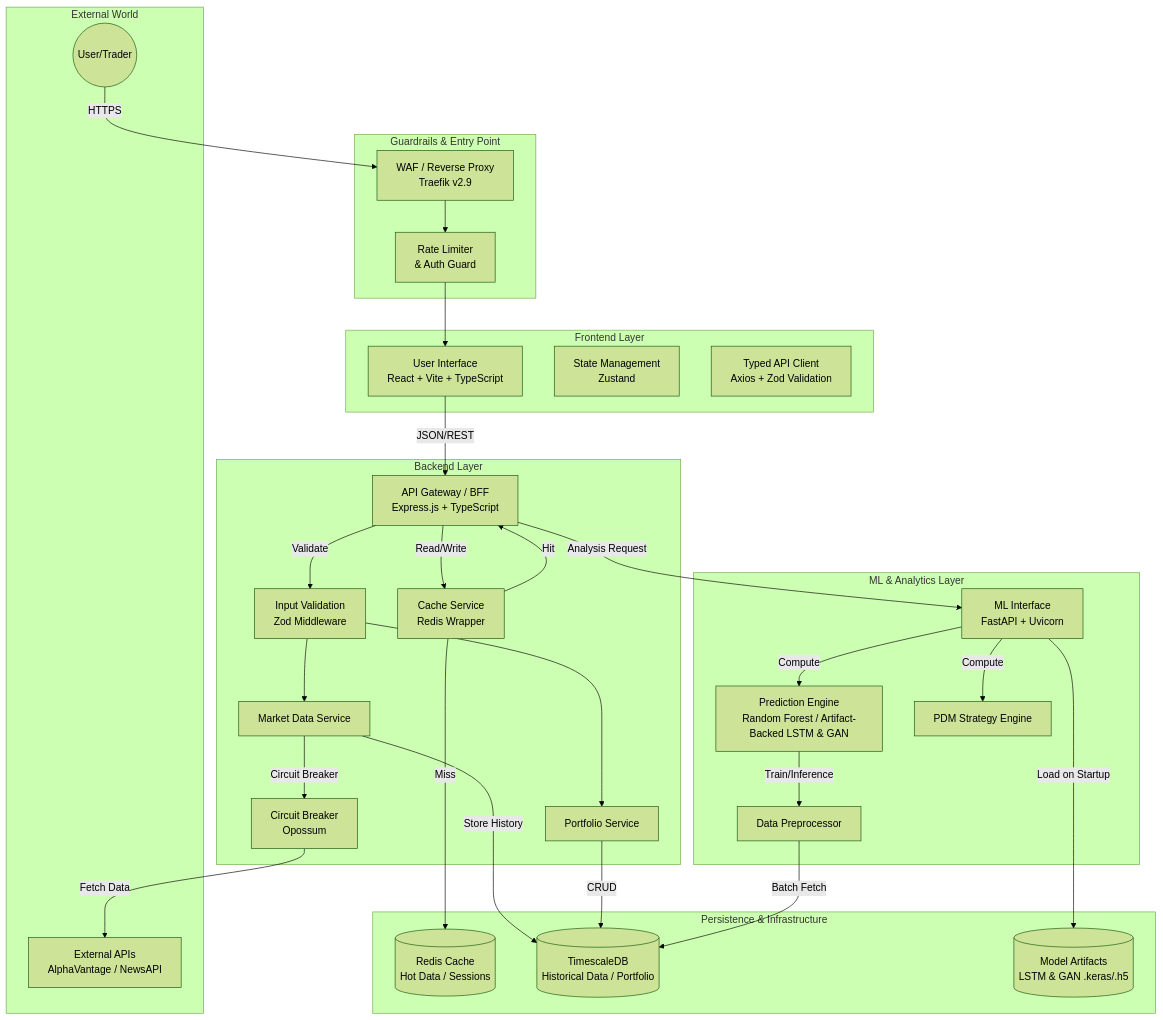
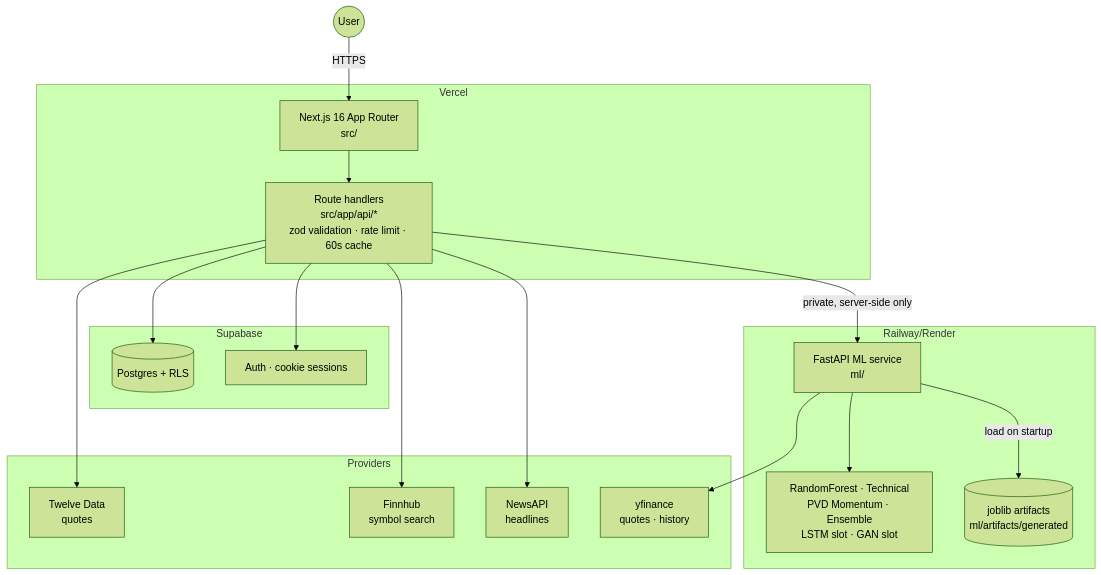
Before and after one commit to aaron-seq/Roneira-AI-HIFI: the diagram in ARCHITECTURE.md, drawn with Mermaid (forest theme). The commit also changed other lines of this file and 39 other files, not shown here.

First line of the commit message:
fix: repair market data pipeline, RLS recursion, and untrained ML slots

````diff
--- a/ARCHITECTURE.md
+++ b/ARCHITECTURE.md
@@ -13,64 +11,38 @@
 ```mermaid
 graph TD
-    subgraph "External World"
-        User((User/Trader))
-        ExtAPI[External APIs<br/>AlphaVantage / NewsAPI]
+    User((User)) -->|HTTPS| Next
+
+    subgraph Vercel
+        Next[Next.js 16 App Router<br/>src/]
+        Routes[Route handlers<br/>src/app/api/*<br/>zod validation · rate limit · 60s cache]
+        Next --> Routes
     end
 
-    subgraph "Guardrails & Entry Point"
-        WAF[WAF / Reverse Proxy<br/>Traefik v2.9]
-        RateLimit[Rate Limiter<br/>& Auth Guard]
+    subgraph Supabase
+        PG[(Postgres + RLS)]
+        Auth[Auth · cookie sessions]
     end
 
-    subgraph "Frontend Layer"
-        UI[User Interface<br/>React + Vite + TypeScript]
-        State[State Management<br/>Zustand]
-        APIClient[Typed API Client<br/>Axios + Zod Validation]
+    subgraph Providers
+        TD[Twelve Data<br/>quotes]
+        FH[Finnhub<br/>symbol search]
+        NA[NewsAPI<br/>headlines]
+        YF[yfinance<br/>quotes · history]
     end
 
-    subgraph "Backend Layer"
-        APIGateway[API Gateway / BFF<br/>Express.js + TypeScript]
-        Validation[Input Validation<br/>Zod Middleware]
-        CacheService[Cache Service<br/>Redis Wrapper]
-        PortfolioSvc[Portfolio Service]
-        MarketSvc[Market Data Service]
-        CircuitBreaker[Circuit Breaker<br/>Opossum]
+    subgraph Railway/Render
+        ML[FastAPI ML service<br/>ml/]
+        Models[RandomForest · Technical<br/>PVD Momentum · Ensemble<br/>LSTM slot · GAN slot]
+        Artifacts[(joblib artifacts<br/>ml/artifacts/generated)]
+        ML --> Models
+        ML -->|load on startup| Artifacts
     end
 
-    subgraph "ML & Analytics Layer"
-        MLAPI[ML Interface<br/>FastAPI + Uvicorn]
-        PredEngine[Prediction Engine<br/>Random Forest / Artifact-Backed LSTM & GAN]
-        PDMEngine[PDM Strategy Engine]
-        DataProc[Data Preprocessor]
-    end
-
-    subgraph "Persistence & Infrastructure"
-        Redis[(Redis Cache<br/>Hot Data / Sessions)]
-        TimescaleDB[(TimescaleDB<br/>Historical Data / Portfolio)]
-        ModelArtifacts[(Model Artifacts<br/>LSTM & GAN .keras/.h5)]
-    end
-
-    User -->|HTTPS| WAF
-    WAF --> RateLimit
-    RateLimit --> UI
-    UI -->|JSON/REST| APIGateway
-    
-    APIGateway -->|Read/Write| CacheService
-    CacheService -->|Hit| APIGateway
-    CacheService -->|Miss| Redis
-    
-    APIGateway -->|Validate| Validation
-    Validation --> PortfolioSvc & MarketSvc
-    
-    MarketSvc -->|Circuit Breaker| CircuitBreaker
-    CircuitBreaker -->|Fetch Data| ExtAPI
-    MarketSvc -->|Store History| TimescaleDB
-    PortfolioSvc -->|CRUD| TimescaleDB
-    
-    APIGateway -->|Analysis Request| MLAPI
-    MLAPI -->|Compute| PredEngine & PDMEngine
-    PredEngine -->|Train/Inference| DataProc
-    DataProc -->|Batch Fetch| TimescaleDB
-    
-    MLAPI -->|Load on Startup| ModelArtifacts
+    Routes --> Auth
+    Routes --> PG
+    Routes --> TD
+    Routes --> FH
+    Routes --> NA
+    Routes -->|private, server-side only| ML
+    ML --> YF
 ```
````
